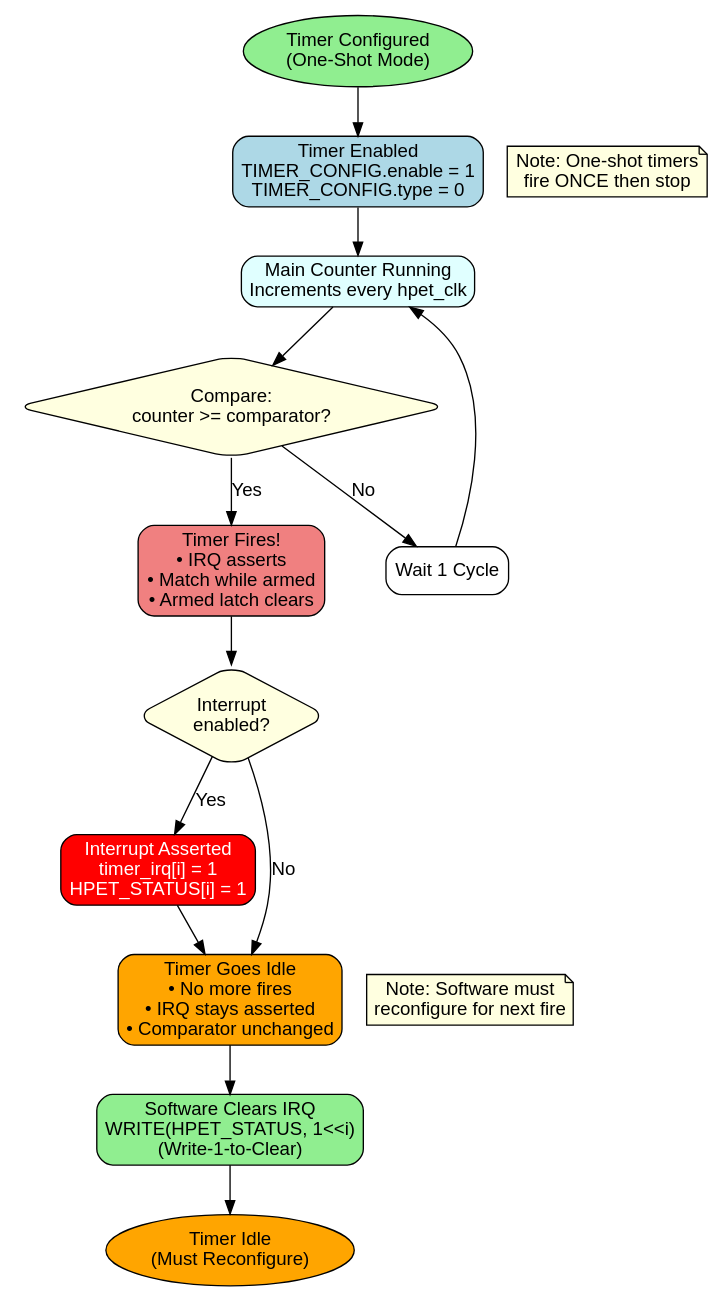
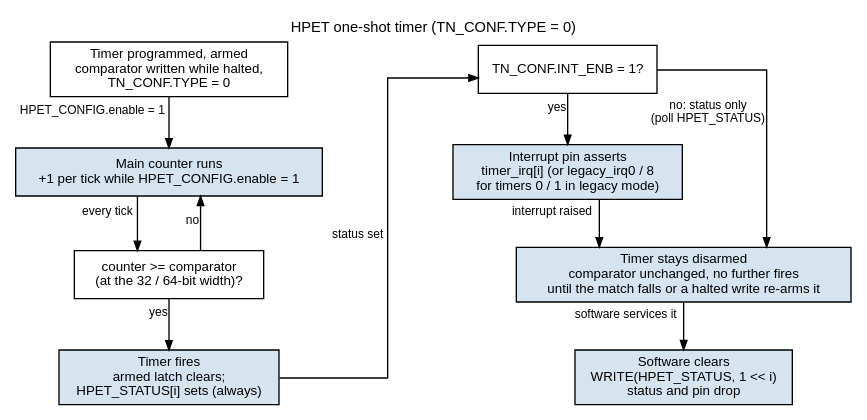
The diagram in projects/components/legacy-ip/retro_legacy_blocks/docs/hpet_mas/assets/graphviz/oneshot_timer.dot (sean-galloway/RTLDesignSherpa), drawn with Graphviz before and after one commit. The commit also changed 323 other files, not shown here.

```diff
--- a/projects/components/legacy-ip/retro_legacy_blocks/docs/hpet_mas/assets/graphviz/oneshot_timer.dot
+++ b/projects/components/legacy-ip/retro_legacy_blocks/docs/hpet_mas/assets/graphviz/oneshot_timer.dot
@@ -1,49 +1,37 @@
-// HPET One-Shot Timer Operation
-// Render with: dot -Tpng oneshot_timer.dot -o oneshot_timer.png
+// HPET one-shot timer operation - a procedure in the house decision-tree
+// vocabulary (white questions, blue actions, every arrow labeled).
+// Behavior per rtl/hpet/hpet_core.sv: the status bit sets on every fire,
+// TN_CONF.INT_ENB gates only the interrupt pin, and there is no per-timer
+// run enable - only HPET_CONFIG.enable halts a timer.
+digraph oneshot_timer {
+    graph [rankdir=TB, bgcolor="white", fontname="Helvetica", fontsize=11,
+           nodesep="0.45", ranksep="0.50", splines=ortho, newrank=true,
+           label="HPET one-shot timer (TN_CONF.TYPE = 0)", labelloc=t, labeljust=c];
+    node  [fontname="Helvetica", fontsize=10, shape=box, style=filled,
+           fillcolor="#D6E4F0", color="black", margin="0.12,0.06"];
+    edge  [fontname="Helvetica", fontsize=9, color="black", arrowsize=0.7];
+    start [group=A, label="Timer programmed, armed\ncomparator written while halted,\nTN_CONF.TYPE = 0", fillcolor="white"];
+    run   [group=A, label="Main counter runs\n+1 per tick while HPET_CONFIG.enable = 1"];
+    match [group=A, label="counter >= comparator\n(at the 32 / 64-bit width)?", fillcolor="white"];
+    fire  [group=A, label="Timer fires\narmed latch clears;\nHPET_STATUS[i] sets (always)"];
+    ienb  [group=B, label="TN_CONF.INT_ENB = 1?", fillcolor="white"];
+    pin   [group=B, label="Interrupt pin asserts\ntimer_irq[i] (or legacy_irq0 / 8\nfor timers 0 / 1 in legacy mode)"];
+    idle  [group=B, label="Timer stays disarmed\ncomparator unchanged, no further fires\nuntil the match falls or a halted write re-arms it"];
+    clr   [group=B, label="Software clears\nWRITE(HPET_STATUS, 1 << i)\nstatus and pin drop"];
 
-digraph oneshot_timer {
-    rankdir=TB;
-    node [shape=box, style="rounded,filled", fillcolor=lightblue, fontname="Arial"];
-    edge [fontname="Arial"];
+    start -> run   [xlabel="HPET_CONFIG.enable = 1"];
+    run   -> match [xlabel="every tick"];
+    match -> run   [xlabel="no", constraint=false];
+    match -> fire  [xlabel="yes"];
+    fire  -> ienb  [xlabel="status set"];
+    ienb  -> pin   [xlabel="yes"];
+    ienb  -> idle  [xlabel="no: status only\n(poll HPET_STATUS)"];
+    pin   -> idle  [xlabel="interrupt raised"];
+    idle  -> clr   [xlabel="software services it"];
 
-    start [label="Timer Configured\n(One-Shot Mode)", shape=ellipse, fillcolor=lightgreen];
-    end [label="Timer Idle\n(Must Reconfigure)", shape=ellipse, fillcolor=orange];
-
-    start -> timer_enabled;
-
-    timer_enabled [label="Timer Enabled\nTIMER_CONFIG.enable = 1\nTIMER_CONFIG.type = 0"];
-    timer_enabled -> counter_running;
-
-    counter_running [label="Main Counter Running\nIncrements every hpet_clk", fillcolor=lightcyan];
-    counter_running -> compare;
-
-    compare [label="Compare:\ncounter >= comparator?", shape=diamond, fillcolor=lightyellow];
-    compare -> wait_cycle [label="No"];
-    compare -> fire_detect [label="Yes"];
-
-    wait_cycle [label="Wait 1 Cycle", fillcolor=white];
-    wait_cycle -> counter_running;
-
-    fire_detect [label="Timer Fires!\n• IRQ asserts\n• Match while armed\n• Armed latch clears", fillcolor=lightcoral];
-    fire_detect -> irq_check;
-
-    irq_check [label="Interrupt\nenabled?", shape=diamond, fillcolor=lightyellow];
-    irq_check -> irq_assert [label="Yes"];
-    irq_check -> timer_idle [label="No"];
-
-    irq_assert [label="Interrupt Asserted\ntimer_irq[i] = 1\nHPET_STATUS[i] = 1", fillcolor=red, fontcolor=white];
-    irq_assert -> timer_idle;
-
-    timer_idle [label="Timer Goes Idle\n• No more fires\n• IRQ stays asserted\n• Comparator unchanged", fillcolor=orange];
-    timer_idle -> sw_clear;
-
-    sw_clear [label="Software Clears IRQ\nWRITE(HPET_STATUS, 1<<i)\n(Write-1-to-Clear)", fillcolor=lightgreen];
-    sw_clear -> end;
-
-    // Notes
-    note1 [label="Note: One-shot timers\nfire ONCE then stop", shape=note, fillcolor=lightyellow, style=filled];
-    note2 [label="Note: Software must\nreconfigure for next fire", shape=note, fillcolor=lightyellow, style=filled];
-
-    {rank=same; timer_enabled; note1;}
-    {rank=same; timer_idle; note2;}
+    { rank=same; start; ienb; }
+    { rank=same; run; pin; }
+    { rank=same; match; idle; }
+    { rank=same; fire; clr; }
+    start -> ienb [style=invis, minlen=4];
 }
```
